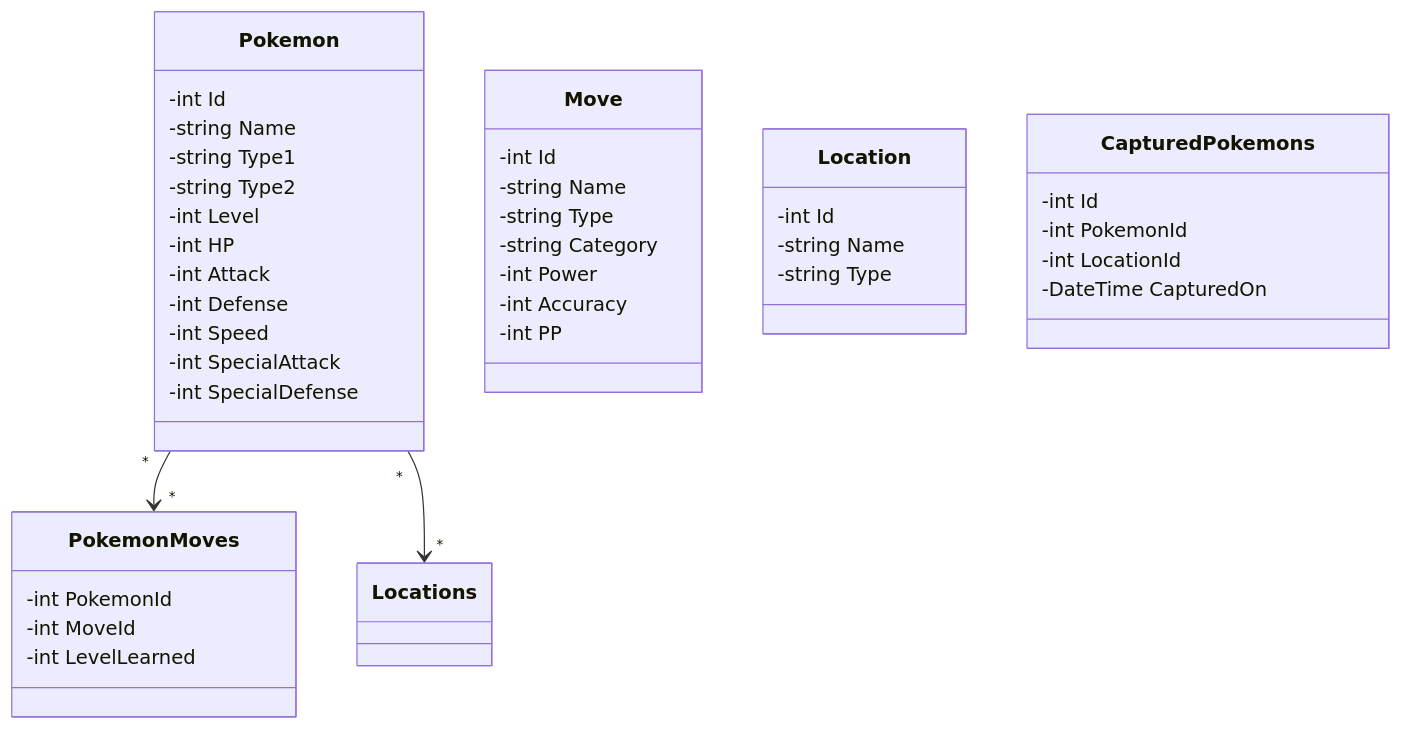
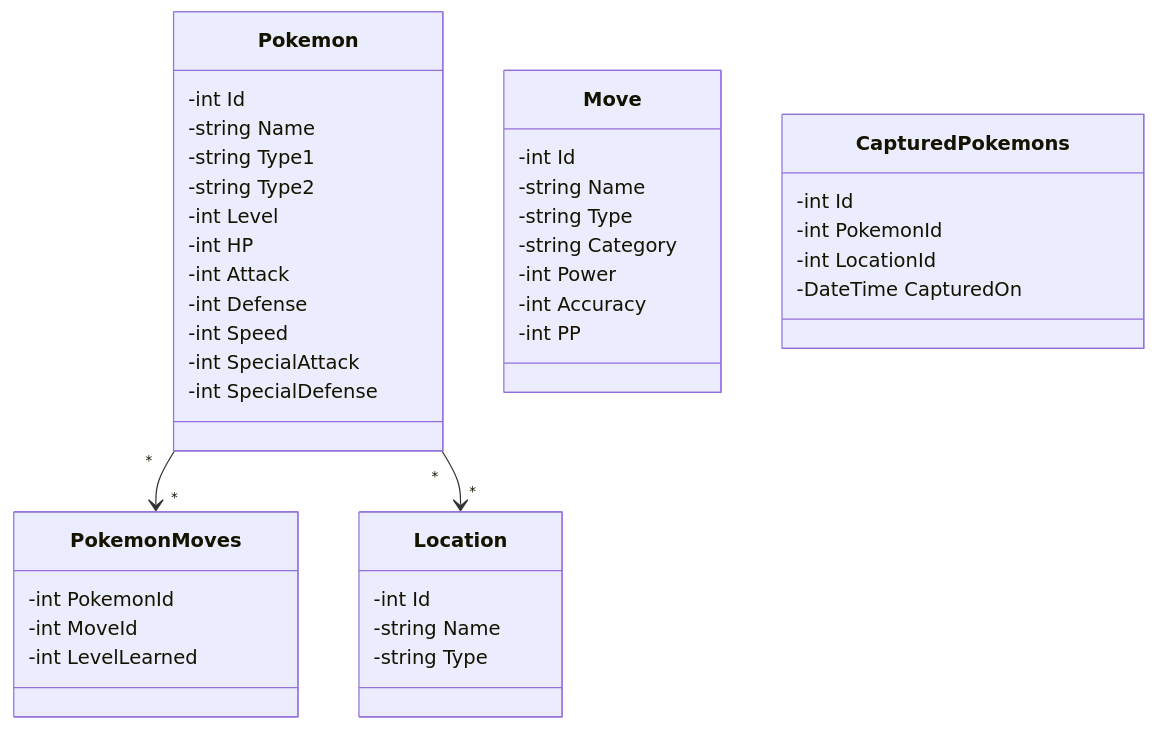
One commit to DivyenduDutta/UnovaJournal changed the first of 2 diagrams in README.md. Above: the diagram before and after it, drawn with Mermaid.

Commit message:
[DOC] Fix typo in UML diagram

````diff
--- a/README.md
+++ b/README.md
@@ -39,48 +39,48 @@
 ```mermaid
 classDiagram
     class Pokemon {
       -int Id
       -string Name 
       -string Type1
       -string Type2
       -int Level
       -int HP
       -int Attack
       -int Defense
       -int Speed
       -int SpecialAttack
       -int SpecialDefense
     }
 
     class Move {
       -int Id
       -string Name
       -string Type
       -string Category
       -int Power
       -int Accuracy
       -int PP
     }
 
     class PokemonMoves {
       -int PokemonId
       -int MoveId
       -int LevelLearned
     }
     
     class Location {
       -int Id
       -string Name
       -string Type
     }
     
     class CapturedPokemons {
       -int Id
       -int PokemonId
       -int LocationId
       -DateTime CapturedOn
     }
 
     Pokemon "*" --> "*" PokemonMoves
-    Pokemon "*" --> "*" Locations
+    Pokemon "*" --> "*" Location
 ```
````
